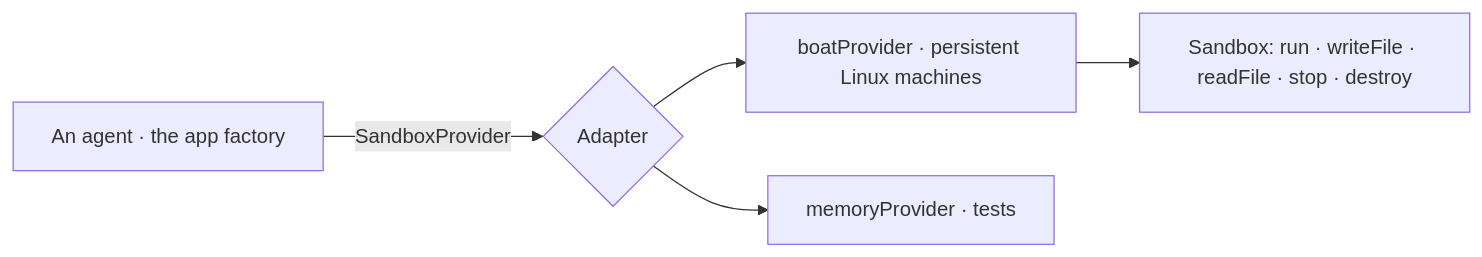
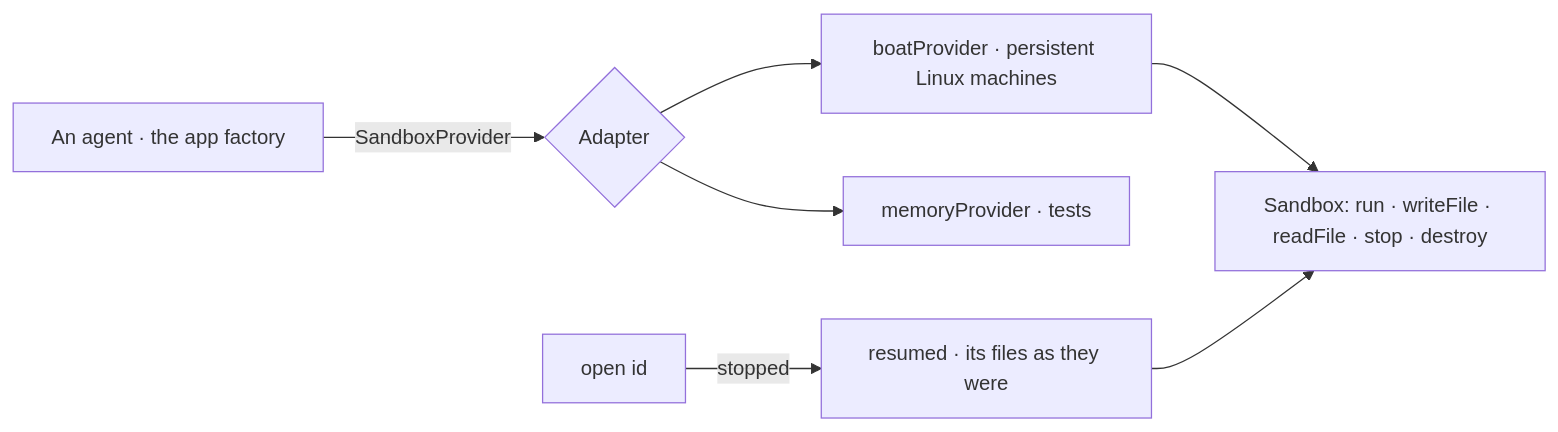
One commit to kete-africa/kete-core changed the diagram in packages/sandbox/README.md. Above: the diagram before and after it, drawn with Mermaid. The commit also changed other lines of this file and 5 other files, not shown here.

Commit message:
feat(sandbox): open resumes a stopped sandbox

````diff
--- a/packages/sandbox/README.md
+++ b/packages/sandbox/README.md
@@ -7,7 +7,8 @@
 ```mermaid
 flowchart LR
   A[An agent · the app factory] -->|SandboxProvider| P{Adapter}
   P --> B[boatProvider · persistent Linux machines]
   P --> M[memoryProvider · tests]
   B --> S[Sandbox: run · writeFile · readFile · stop · destroy]
+  O[open id] -->|stopped| R[resumed · its files as they were] --> S
 ```
````
